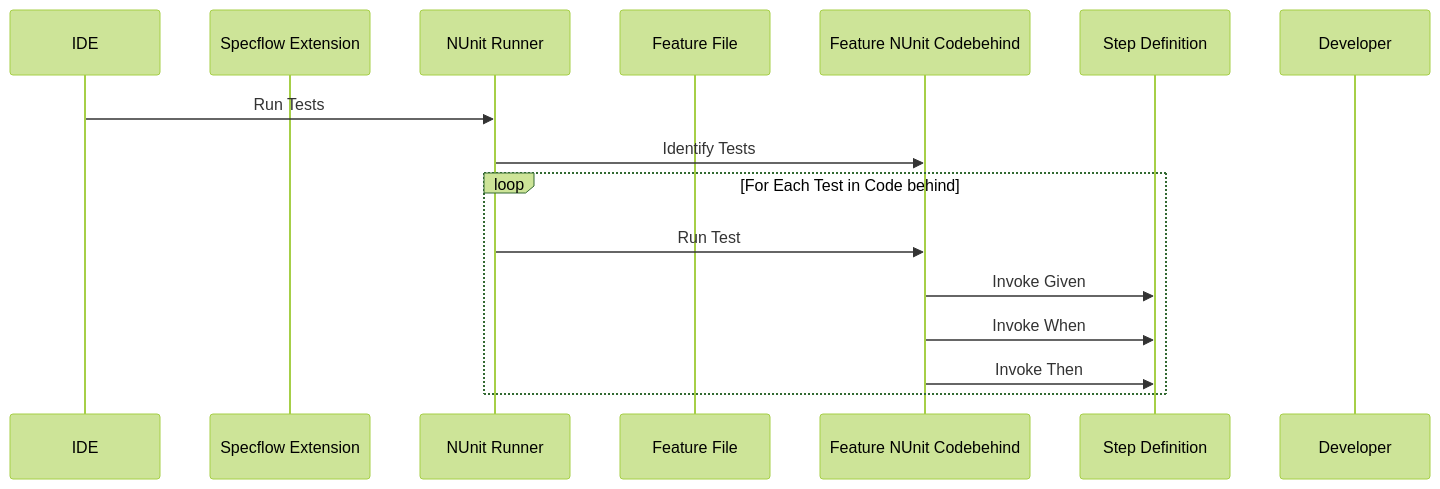
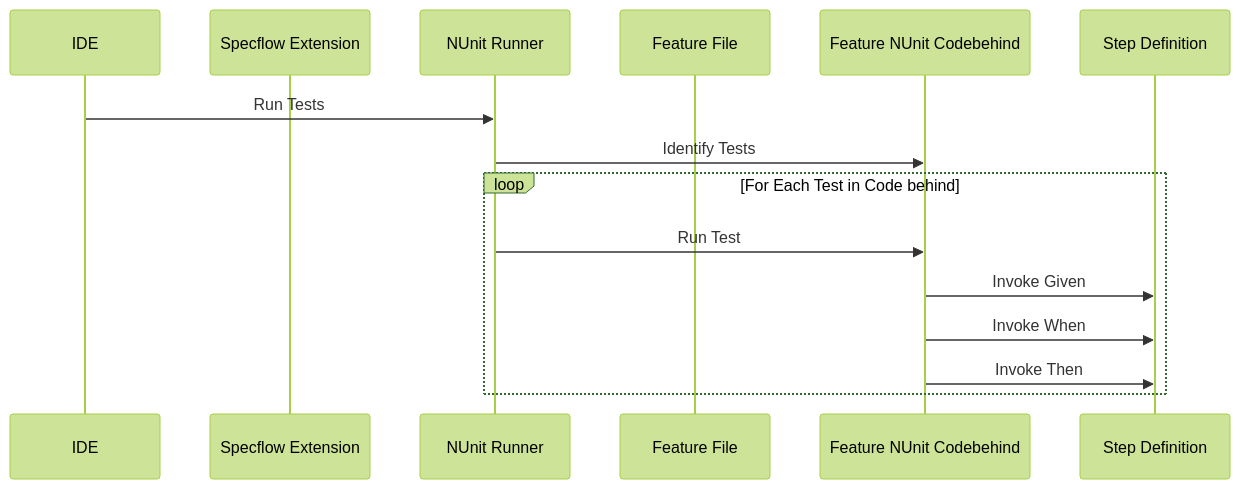
The third of 3 diagrams in README.md (freemansoft/SimpleWebUITestEnvironment), drawn with Mermaid (forest theme) before and after one commit. The commit also changed other lines of this file, not shown here.

Commit message:
still playing with the drawings while the A/C is running

````diff
--- a/README.md
+++ b/README.md
@@ -44,19 +43,18 @@
 ```mermaid
 sequenceDiagram
     participant IDE
     participant Specflow Extension
     participant NUnit Runner
     participant Feature File
     participant Feature NUnit Codebehind
     participant Step Definition
-    participant Developer
 
     IDE ->> NUnit Runner: Run Tests
     NUnit Runner ->> Feature NUnit Codebehind: Identify Tests
     loop For Each Test in Code behind
         NUnit Runner ->> Feature NUnit Codebehind: Run Test
         Feature NUnit Codebehind ->> Step Definition: Invoke Given
         Feature NUnit Codebehind ->> Step Definition: Invoke When
         Feature NUnit Codebehind ->> Step Definition: Invoke Then
     end    
 ```
````
